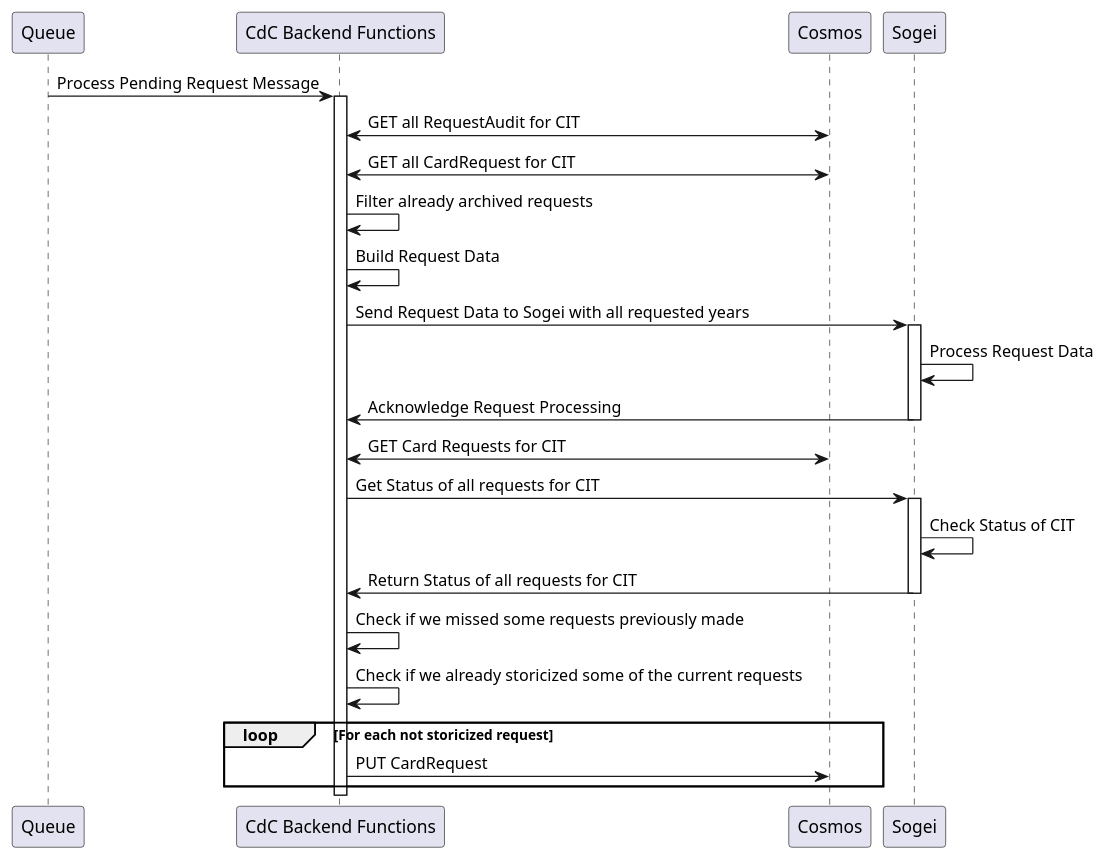
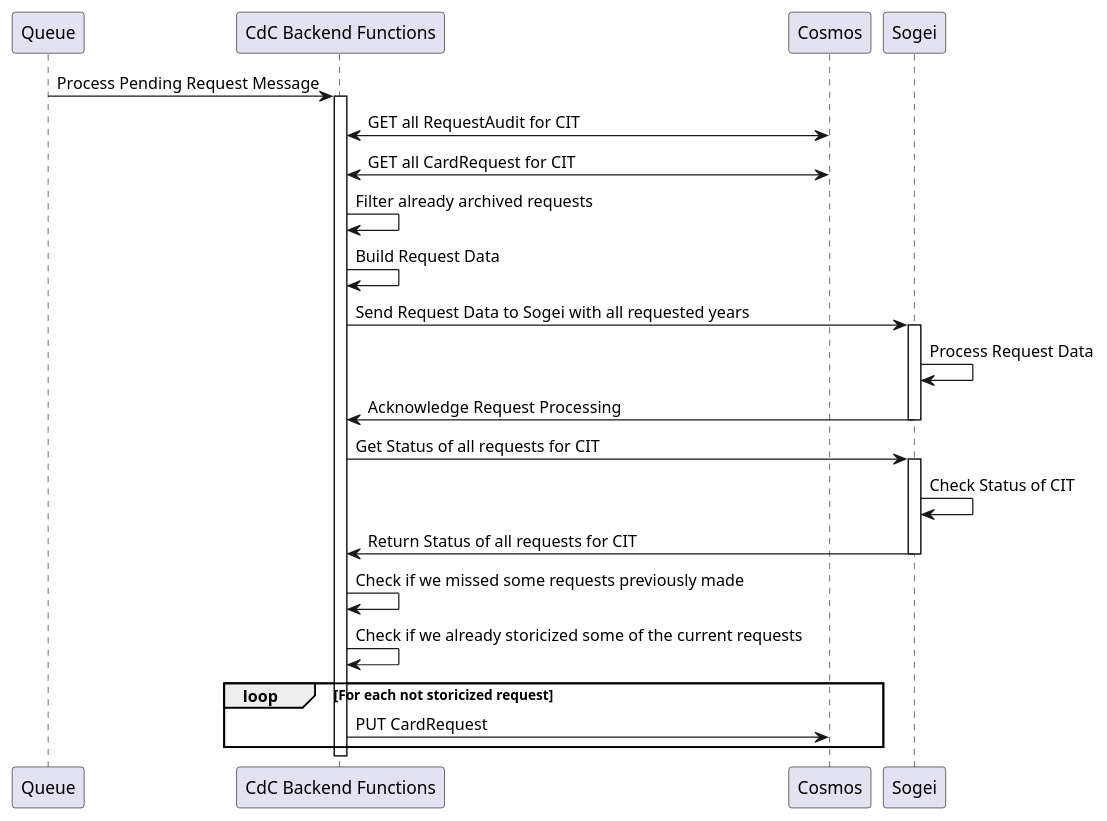
Before and after one commit to pagopa/io-cdc: the diagram in docs/backend-func/process-pending-request.puml, drawn with PlantUML. The commit also changed 1 other file, not shown here.

```diff
--- a/docs/backend-func/process-pending-request.puml
+++ b/docs/backend-func/process-pending-request.puml
@@ -1,31 +1,30 @@
 @startuml Sequence ProcessPendingRequest
 participant "Queue" as queue
 participant "CdC Backend Functions" as be
 participant "Cosmos" as cosmos
 participant "Sogei" as sogei
 
 queue -> be: Process Pending Request Message
 activate be
 be <-> cosmos: GET all RequestAudit for CIT
 be <-> cosmos: GET all CardRequest for CIT
 be -> be: Filter already archived requests
 be -> be: Build Request Data
 be -> sogei: Send Request Data to Sogei with all requested years
 activate sogei
 sogei -> sogei: Process Request Data
 sogei -> be: Acknowledge Request Processing
 deactivate sogei
-be <-> cosmos: GET Card Requests for CIT
 be -> sogei: Get Status of all requests for CIT
 activate sogei
 sogei -> sogei: Check Status of CIT
 sogei -> be: Return Status of all requests for CIT
 deactivate sogei
 be -> be: Check if we missed some requests previously made
 be -> be: Check if we already storicized some of the current requests
 loop For each not storicized request
     be -> cosmos: PUT CardRequest
 end
 deactivate be
 
 @enduml
```
